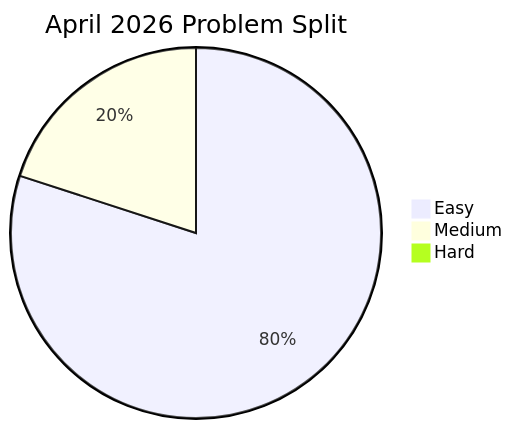
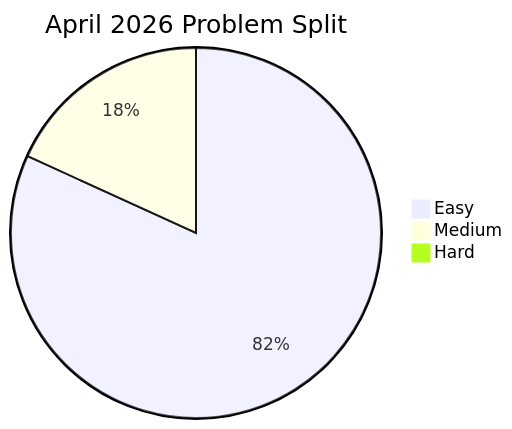
Before and after one commit to manikantbindass/Codeforces-Interview-Preparation-Journey: the third of 4 diagrams in README.md, drawn with Mermaid. The commit also changed other lines of this file and 2 other files, not shown here.

````diff
--- a/README.md
+++ b/README.md
@@ -413,6 +414,6 @@
 ```mermaid
 pie title April 2026 Problem Split
-    "Easy" : 8
+    "Easy" : 9
     "Medium" : 2
     "Hard" : 0
 ```
````
